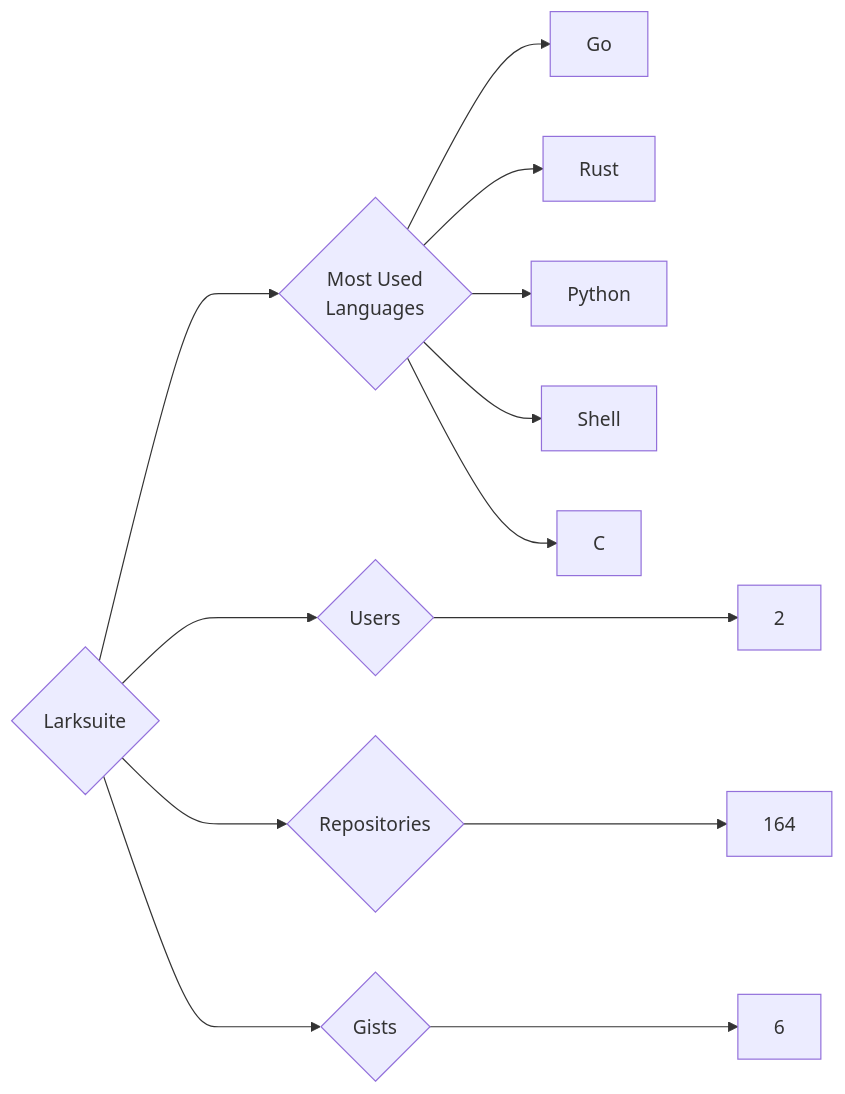
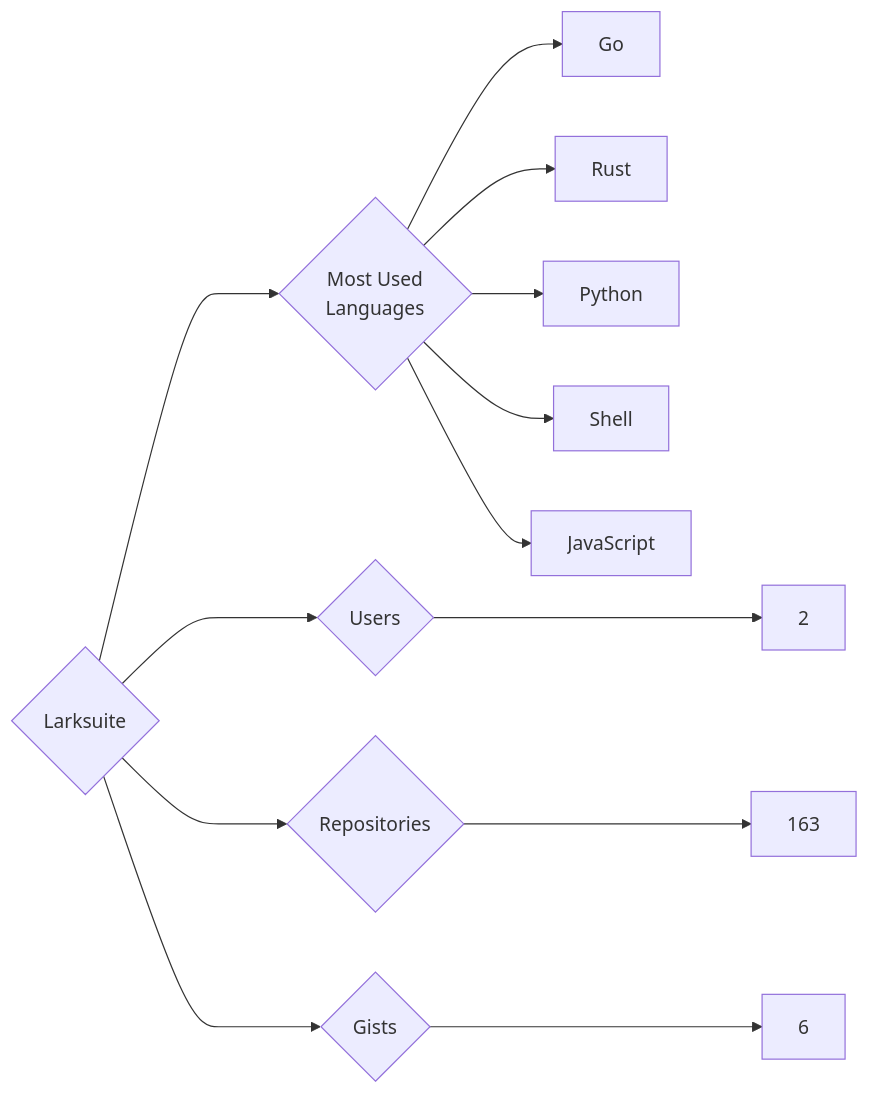
The diagram in targets/Larksuite/README.md (trickest/insiders), drawn with Mermaid before and after one commit. The commit also changed 629 other files, not shown here.

````diff
--- a/targets/Larksuite/README.md
+++ b/targets/Larksuite/README.md
@@ -3,13 +3,13 @@
 ```mermaid
 graph LR
 COMPANY_NAME{Larksuite}
 COMPANY_NAME ---> U{Users} ---> UN[2]
-COMPANY_NAME ---> R{Repositories} ---> RN[164]
+COMPANY_NAME ---> R{Repositories} ---> RN[163]
 COMPANY_NAME ---> G{Gists} ---> GN[6]
 COMPANY_NAME ---> ML{Most Used<br>Languages}
 ML --> Go[Go]
 ML --> Rust[Rust]
 ML --> Python[Python]
 ML --> Shell[Shell]
-ML --> C[C]
+ML --> JavaScript[JavaScript]
 ```
````
